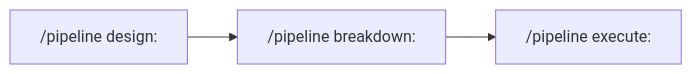
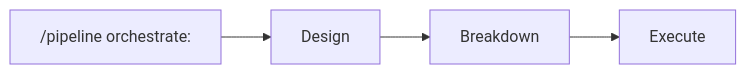
Before and after one commit to ofri-peretz/eslint: the diagram in .agent/workflows/pipeline.md, drawn with Mermaid. The commit also changed other lines of this file and 320 other files, not shown here.

````diff
--- a/.agent/workflows/pipeline.md
+++ b/.agent/workflows/pipeline.md
@@ -21,5 +21,6 @@
 ```mermaid
 graph LR
-    D["/pipeline design:"] --> B["/pipeline breakdown:"]
-    B --> E["/pipeline execute:"]
+    O["/pipeline orchestrate:"] --> D[Design]
+    D --> B[Breakdown]
+    B --> E[Execute]
 ```
````
